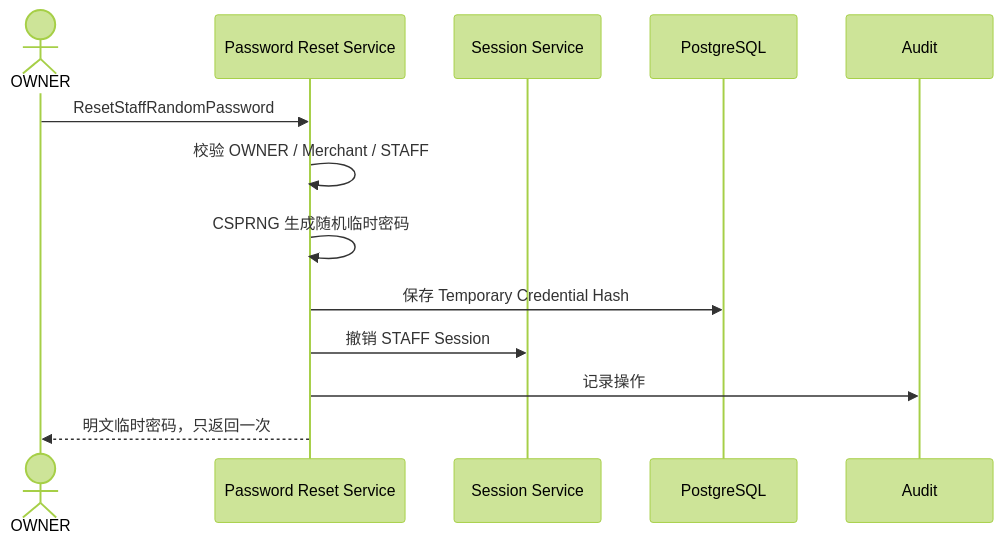
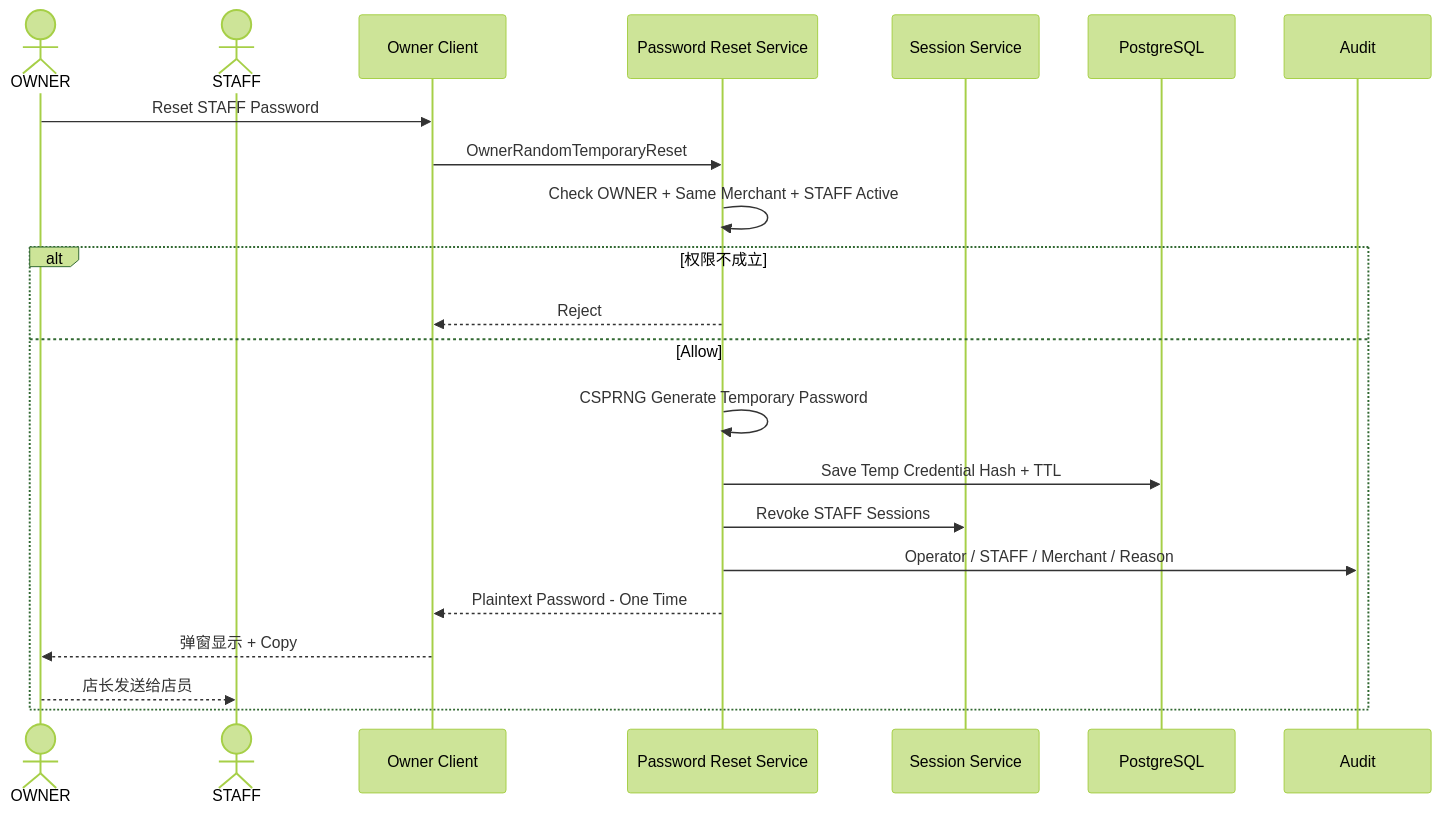
The fourth of 7 diagrams in docs/system-design/01-账户与身份/04-密码与账号恢复.md (sxyq/mastergoods), drawn with Mermaid (forest theme) before and after one commit. The commit also changed other lines of this file and 6 other files, not shown here.

````diff
--- a/docs/system-design/01-账户与身份/04-密码与账号恢复.md
+++ b/docs/system-design/01-账户与身份/04-密码与账号恢复.md
@@ -105,16 +179,26 @@
 ```mermaid
 sequenceDiagram
     actor O as OWNER
+    actor S as STAFF
+    participant C as Owner Client
     participant RESET as Password Reset Service
     participant SESSION as Session Service
     participant DB as PostgreSQL
     participant AUDIT as Audit
 
-    O->>RESET: ResetStaffRandomPassword
-    RESET->>RESET: 校验 OWNER / Merchant / STAFF
-    RESET->>RESET: CSPRNG 生成随机临时密码
-    RESET->>DB: 保存 Temporary Credential Hash
-    RESET->>SESSION: 撤销 STAFF Session
-    RESET->>AUDIT: 记录操作
-    RESET-->>O: 明文临时密码，只返回一次
+    O->>C: Reset STAFF Password
+    C->>RESET: OwnerRandomTemporaryReset
+    RESET->>RESET: Check OWNER + Same Merchant + STAFF Active
+
+    alt 权限不成立
+        RESET-->>C: Reject
+    else Allow
+        RESET->>RESET: CSPRNG Generate Temporary Password
+        RESET->>DB: Save Temp Credential Hash + TTL
+        RESET->>SESSION: Revoke STAFF Sessions
+        RESET->>AUDIT: Operator / STAFF / Merchant / Reason
+        RESET-->>C: Plaintext Password - One Time
+        C-->>O: 弹窗显示 + Copy
+        O-->>S: 店长发送给店员
+    end
 ```
````
